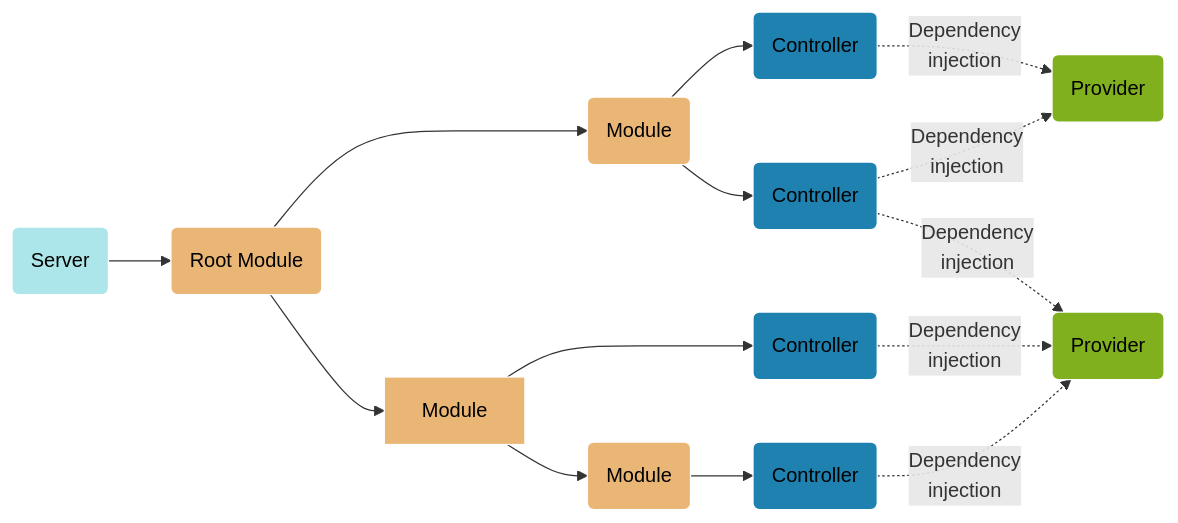
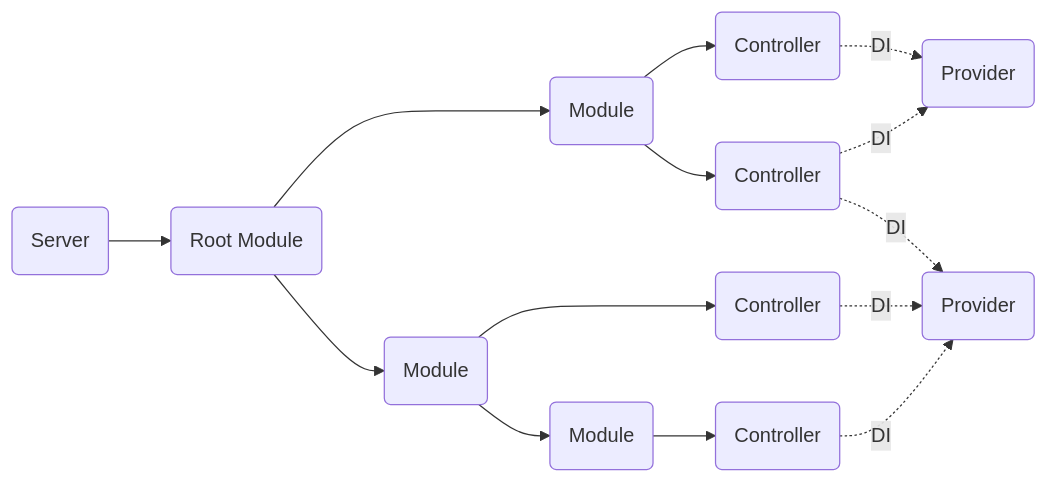
The diagram in docs/framework/architecture.md (peque-ts/website), drawn with Mermaid before and after one commit. The commit also changed 3 other files, not shown here.

````diff
--- a/docs/framework/architecture.md
+++ b/docs/framework/architecture.md
@@ -9,30 +9,18 @@
 ```mermaid
 graph LR
-    linkStyle default interpolate basis
-    
-    S(Server) --> RM(Root Module)
-    RM --> M1(Module)
-    RM --> M2[Module]
-    M1 --> C1(Controller)
-    M1 --> C2(Controller)
-    M2 --> M3(Module)
-    M2 --> C3(Controller)
-    M3 --> C4(Controller)
-    C1 -.Dependency<br>injection.-> P1(Provider)
-    C2 -.Dependency<br>injection.-> P1
-    C2 -.Dependency<br>injection.-> P2(Provider)
-    C3 -.Dependency<br>injection.-> P2
-    C4 -.Dependency<br>injection.-> P2
-
-    style S fill:#ace6ea,color:#000,stroke:#fff,stroke-width:1px
-    style RM fill:#eab676,color:#000,stroke:#fff,stroke-width:1px
-    style M1 fill:#eab676,color:#000,stroke:#fff,stroke-width:1px
-    style M2 fill:#eab676,color:#000,stroke:#fff,stroke-width:1px
-    style M3 fill:#eab676,color:#000,stroke:#fff,stroke-width:1px
-    style C1 fill:#1e81b0,color:#000,stroke:#fff,stroke-width:1px
-    style C2 fill:#1e81b0,color:#000,stroke:#fff,stroke-width:1px
-    style C3 fill:#1e81b0,color:#000,stroke:#fff,stroke-width:1px
-    style C4 fill:#1e81b0,color:#000,stroke:#fff,stroke-width:1px
-    style P1 fill:#81b01e,color:#000,stroke:#fff,stroke-width:1px
-    style P2 fill:#81b01e,color:#000,stroke:#fff,stroke-width:1px
+  linkStyle default interpolate basis
+  
+  S(Server) --> RM(Root Module)
+  RM --> M1(Module)
+  RM --> M2(Module)
+  M1 --> C1(Controller)
+  M1 --> C2(Controller)
+  M2 --> M3(Module)
+  M2 --> C3(Controller)
+  M3 --> C4(Controller)
+  C1 -.DI.-> P1(Provider)
+  C2 -.DI.-> P1
+  C2 -.DI.-> P2(Provider)
+  C3 -.DI.-> P2
+  C4 -.DI.-> P2
 ```
````
